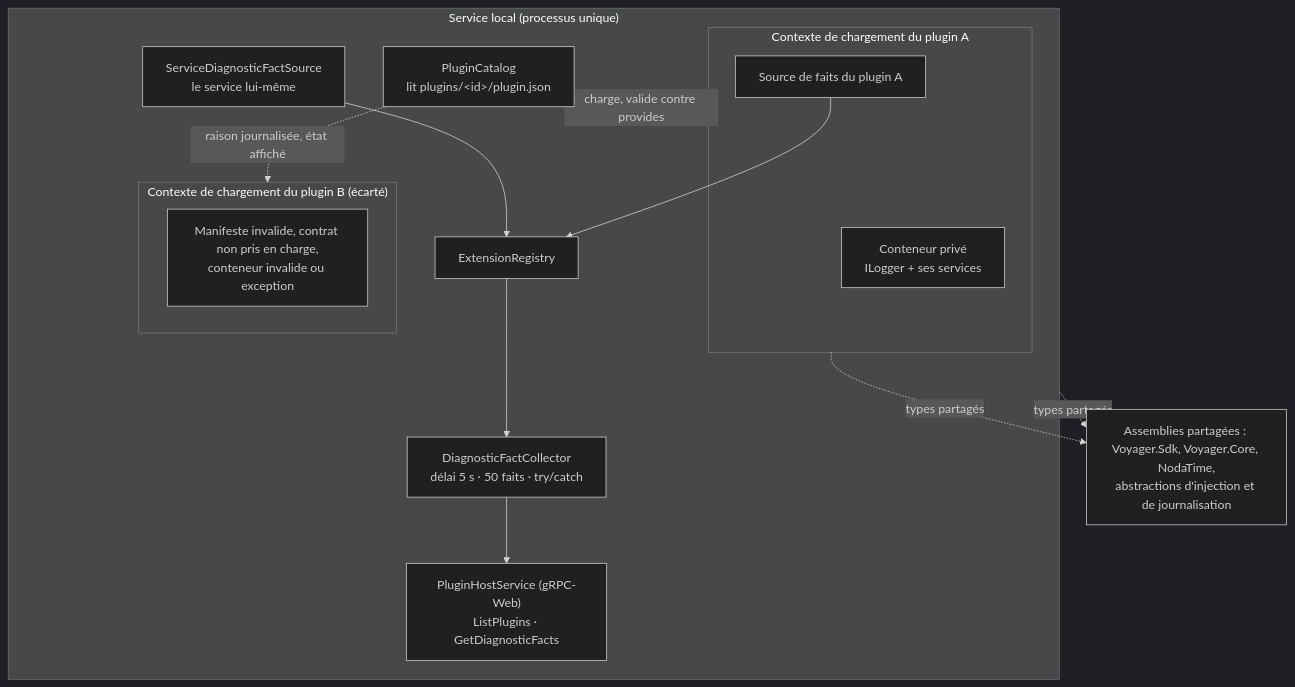
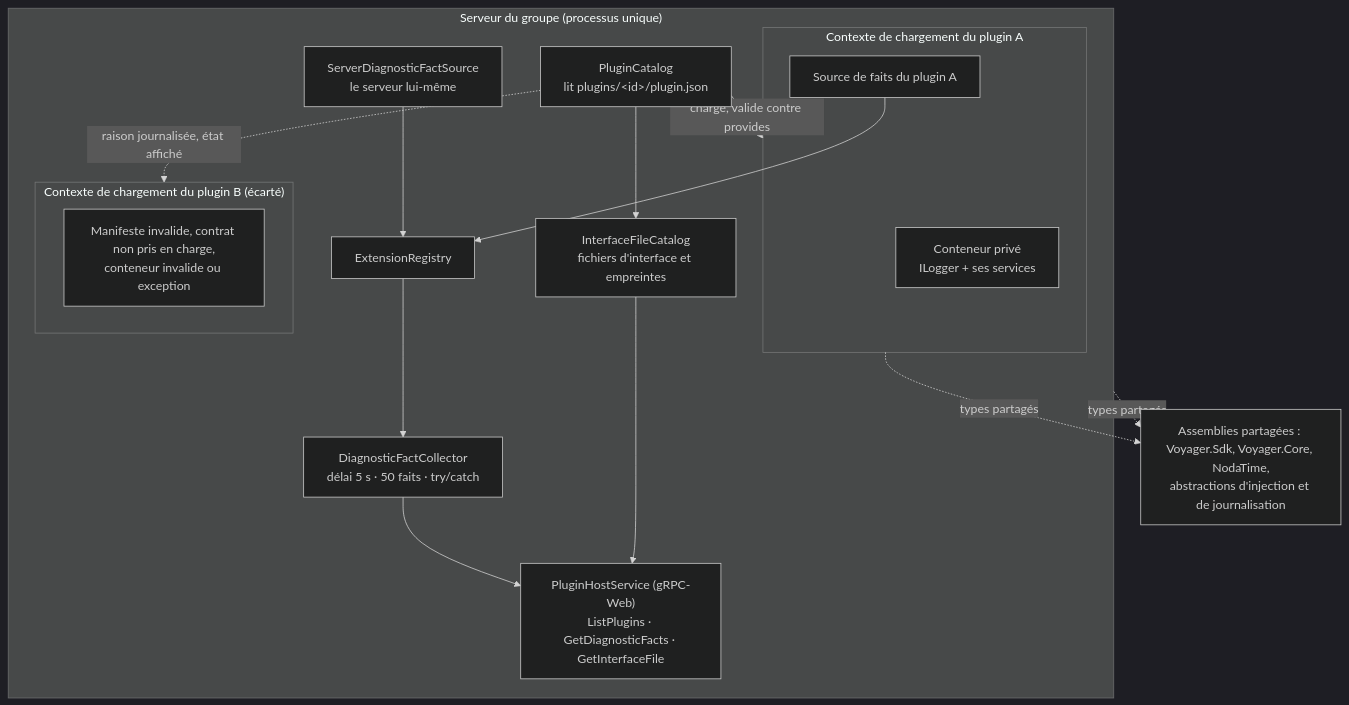
One commit to Nidk-Akanea/Voyager changed the fifth of 7 diagrams in docs/schemas/technique.md. Above: the diagram before and after it, drawn with Mermaid (dark theme). The commit also changed other lines of this file and 156 other files, not shown here.

First line of the commit message:
refactor: remove the local service and the plugin management on the desktop (#43)

````diff
--- a/docs/schemas/technique.md
+++ b/docs/schemas/technique.md
@@ -246,26 +208,29 @@
 ```mermaid
 flowchart TB
-    subgraph Hote["Service local (processus unique)"]
+    subgraph Hote["Serveur du groupe (processus unique)"]
         Cat["PluginCatalog<br/>lit plugins/&lt;id&gt;/plugin.json"]
         Reg["ExtensionRegistry"]
         Col["DiagnosticFactCollector<br/>délai 5 s · 50 faits · try/catch"]
-        Svc["ServiceDiagnosticFactSource<br/>le service lui-même"]
-        Grpc["PluginHostService (gRPC-Web)<br/>ListPlugins · GetDiagnosticFacts"]
+        Svc["ServerDiagnosticFactSource<br/>le serveur lui-même"]
+        Files["InterfaceFileCatalog<br/>fichiers d'interface et empreintes"]
+        Grpc["PluginHostService (gRPC-Web)<br/>ListPlugins · GetDiagnosticFacts · GetInterfaceFile"]
         subgraph P1["Contexte de chargement du plugin A"]
             C1["Conteneur privé<br/>ILogger + ses services"]
             S1["Source de faits du plugin A"]
         end
         subgraph P2["Contexte de chargement du plugin B (écarté)"]
             X["Manifeste invalide, contrat non pris en charge,<br/>conteneur invalide ou exception"]
         end
     end
     Shared["Assemblies partagées : Voyager.Sdk, Voyager.Core, NodaTime,<br/>abstractions d'injection et de journalisation"]
     Cat -->|"charge, valide contre provides"| P1
     Cat -.->|"raison journalisée, état affiché"| P2
+    Cat --> Files
     S1 --> Reg
     Svc --> Reg
     Reg --> Col
     Col --> Grpc
+    Files --> Grpc
     P1 -. "types partagés" .-> Shared
     Hote -. "types partagés" .-> Shared
 ```
````
